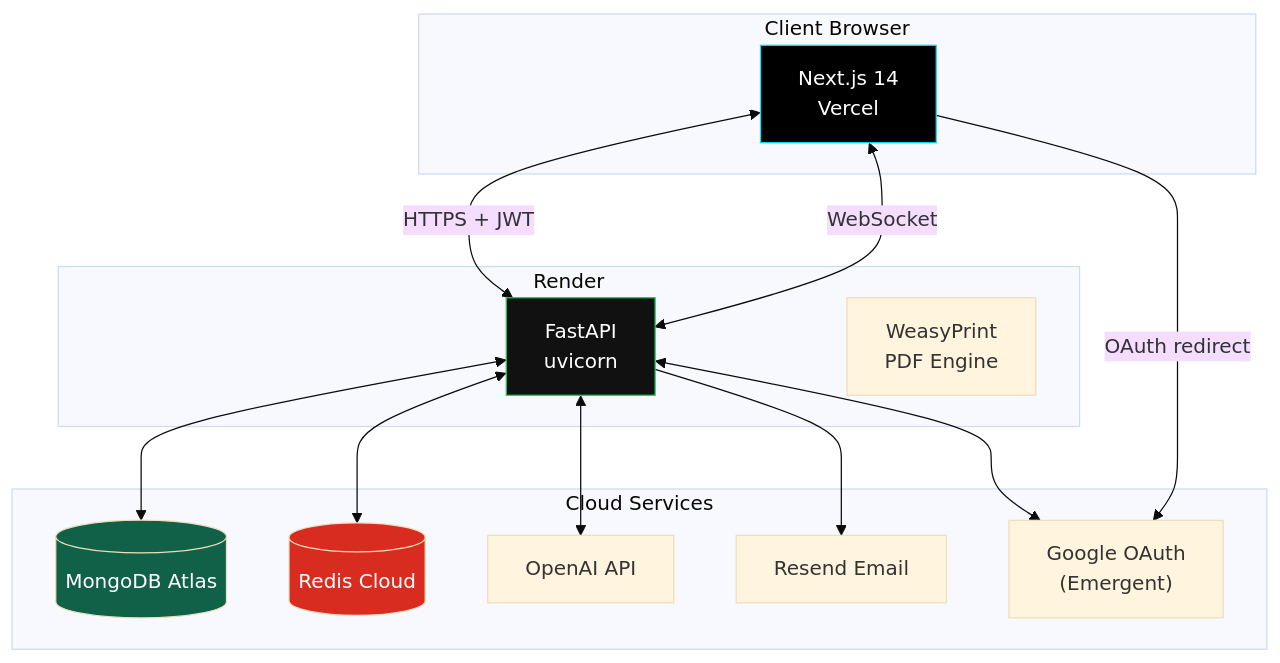
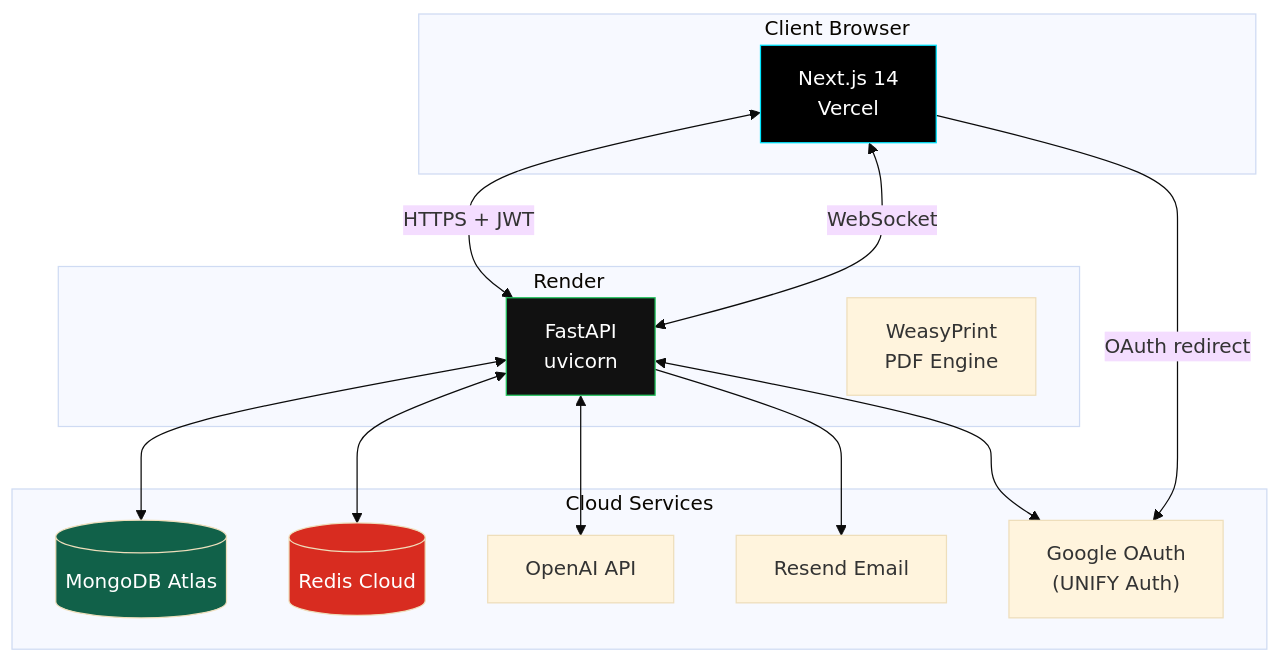
One commit to flawsom/app changed the fifth of 5 diagrams in docs/CFD_DIAGRAM.md. Above: the diagram before and after it, drawn with Mermaid (base theme). The commit also changed 31 other files, not shown here.

````diff
--- a/docs/CFD_DIAGRAM.md
+++ b/docs/CFD_DIAGRAM.md
@@ -211,33 +211,33 @@
 ```mermaid
 graph TB
     subgraph Client["Client Browser"]
         FE["Next.js 14<br/>Vercel"]
     end
 
     subgraph Backend["Render"]
         API["FastAPI<br/>uvicorn"]
         WP["WeasyPrint<br/>PDF Engine"]
     end
 
     subgraph Data["Cloud Services"]
         MONGO[(MongoDB Atlas)]
         REDIS[(Redis Cloud)]
         OPENAI["OpenAI API"]
         RESEND["Resend Email"]
-        GAUTH["Google OAuth<br/>(Emergent)"]
+        GAUTH["Google OAuth<br/>(UNIFY Auth)"]
     end
 
     FE <-->|"HTTPS + JWT"| API
     FE <-->|"WebSocket"| API
     FE -->|"OAuth redirect"| GAUTH
     API <--> MONGO
     API <--> REDIS
     API <--> OPENAI
     API --> RESEND
     API <--> GAUTH
 
     style FE fill:#000,stroke:#00E5FF,color:#fff
     style API fill:#111,stroke:#22C55E,color:#fff
     style MONGO fill:#116149,color:#fff
     style REDIS fill:#D82C20,color:#fff
 ```
````
